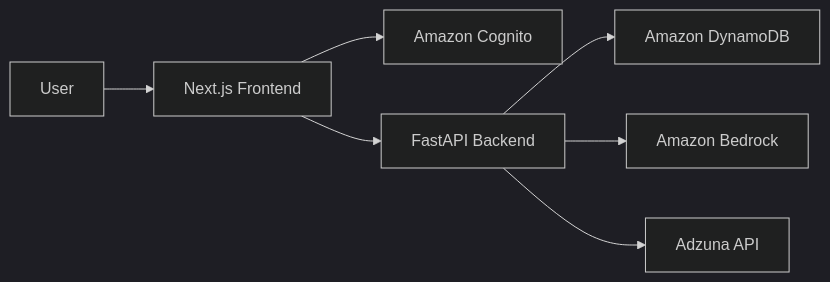
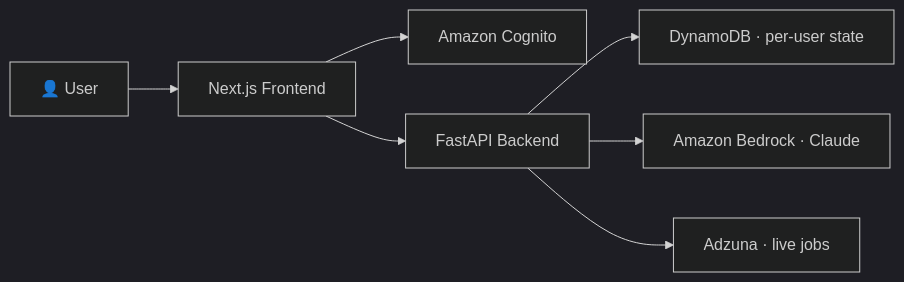
The first of 3 diagrams in README.md (zhiqi-zhang233/CareerCat), drawn with Mermaid (dark theme) before and after one commit. The commit also changed other lines of this file, not shown here.

````diff
--- a/README.md
+++ b/README.md
@@ -11,9 +42,9 @@
 ```mermaid
 flowchart LR
-    User["User"] --> Frontend["Next.js Frontend"]
-    Frontend --> Cognito["Amazon Cognito"]
-    Frontend --> Backend["FastAPI Backend"]
-    Backend --> DynamoDB["Amazon DynamoDB"]
-    Backend --> Bedrock["Amazon Bedrock"]
-    Backend --> Adzuna["Adzuna API"]
+    User["👤 User"] --> FE["Next.js Frontend"]
+    FE --> Auth["Amazon Cognito"]
+    FE --> BE["FastAPI Backend"]
+    BE --> DDB["DynamoDB · per-user state"]
+    BE --> BR["Amazon Bedrock · Claude"]
+    BE --> ADZ["Adzuna · live jobs"]
 ```
````
